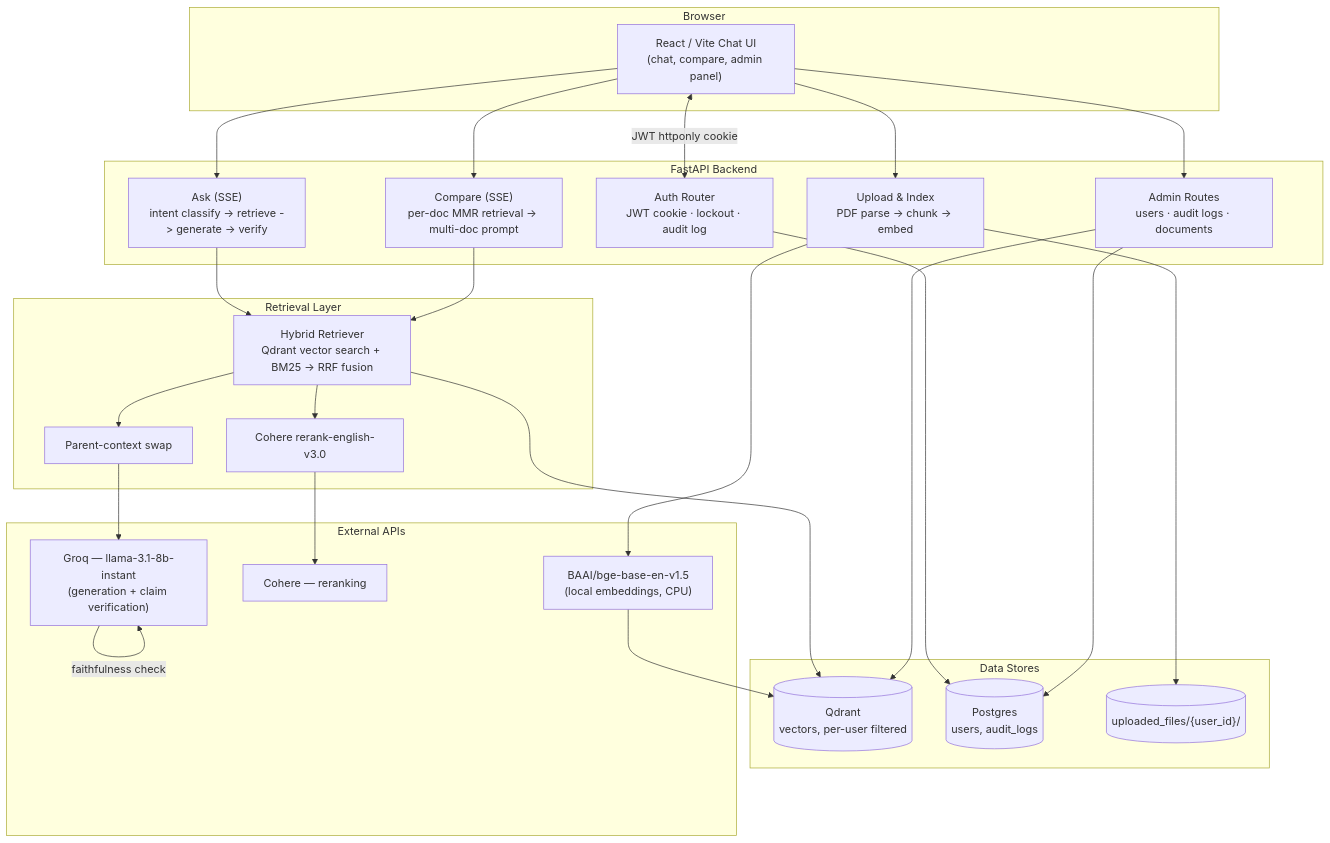
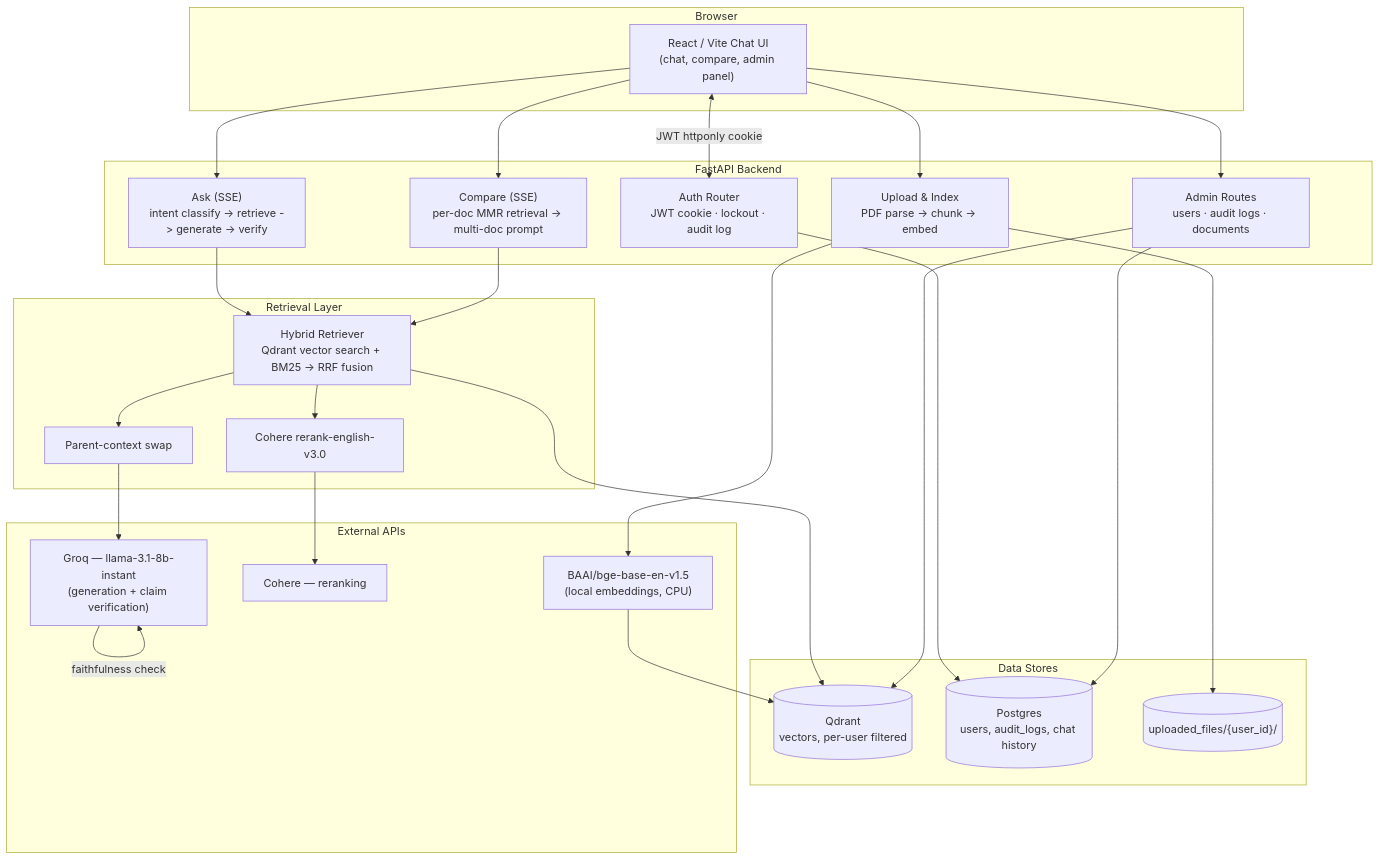
The diagram in README.md (JeelPrajapati23/ClauseIQ), drawn with Mermaid before and after one commit. The commit also changed other lines of this file, not shown here.

First line of the commit message:
Document server-side chat history persistence in README

````diff
--- a/README.md
+++ b/README.md
@@ -59,53 +60,53 @@
 ```mermaid
 flowchart TB
     subgraph Client["Browser"]
         UI["React / Vite Chat UI<br/>(chat, compare, admin panel)"]
     end
 
     subgraph Backend["FastAPI Backend"]
         Auth["Auth Router<br/>JWT cookie · lockout · audit log"]
         Upload["Upload & Index<br/>PDF parse -> chunk -> embed"]
         Ask["Ask (SSE)<br/>intent classify -> retrieve -> generate -> verify"]
         Compare["Compare (SSE)<br/>per-doc MMR retrieval -> multi-doc prompt"]
         Admin["Admin Routes<br/>users · audit logs · documents"]
     end
 
     subgraph Retrieval["Retrieval Layer"]
         Hybrid["Hybrid Retriever<br/>Qdrant vector search + BM25 -> RRF fusion"]
         Rerank["Cohere rerank-english-v3.0"]
         ParentSwap["Parent-context swap"]
     end
 
     subgraph Data["Data Stores"]
         Qdrant[("Qdrant<br/>vectors, per-user filtered")]
-        Postgres[("Postgres<br/>users, audit_logs")]
+        Postgres[("Postgres<br/>users, audit_logs, chat history")]
         Files[("uploaded_files/{user_id}/")]
     end
 
     subgraph External["External APIs"]
         Groq["Groq — llama-3.1-8b-instant<br/>(generation + claim verification)"]
         CohereAPI["Cohere — reranking"]
         BGE["BAAI/bge-base-en-v1.5<br/>(local embeddings, CPU)"]
     end
 
     UI <--> |"JWT httponly cookie"| Auth
     UI --> Upload
     UI --> Ask
     UI --> Compare
     UI --> Admin
 
     Upload --> BGE --> Qdrant
     Upload --> Files
 
     Ask --> Hybrid
     Compare --> Hybrid
     Hybrid --> Qdrant
     Hybrid --> Rerank --> CohereAPI
     Hybrid --> ParentSwap
     ParentSwap --> Groq
     Groq --> |"faithfulness check"| Groq
 
     Auth --> Postgres
     Admin --> Postgres
     Admin --> Qdrant
 ```
````
